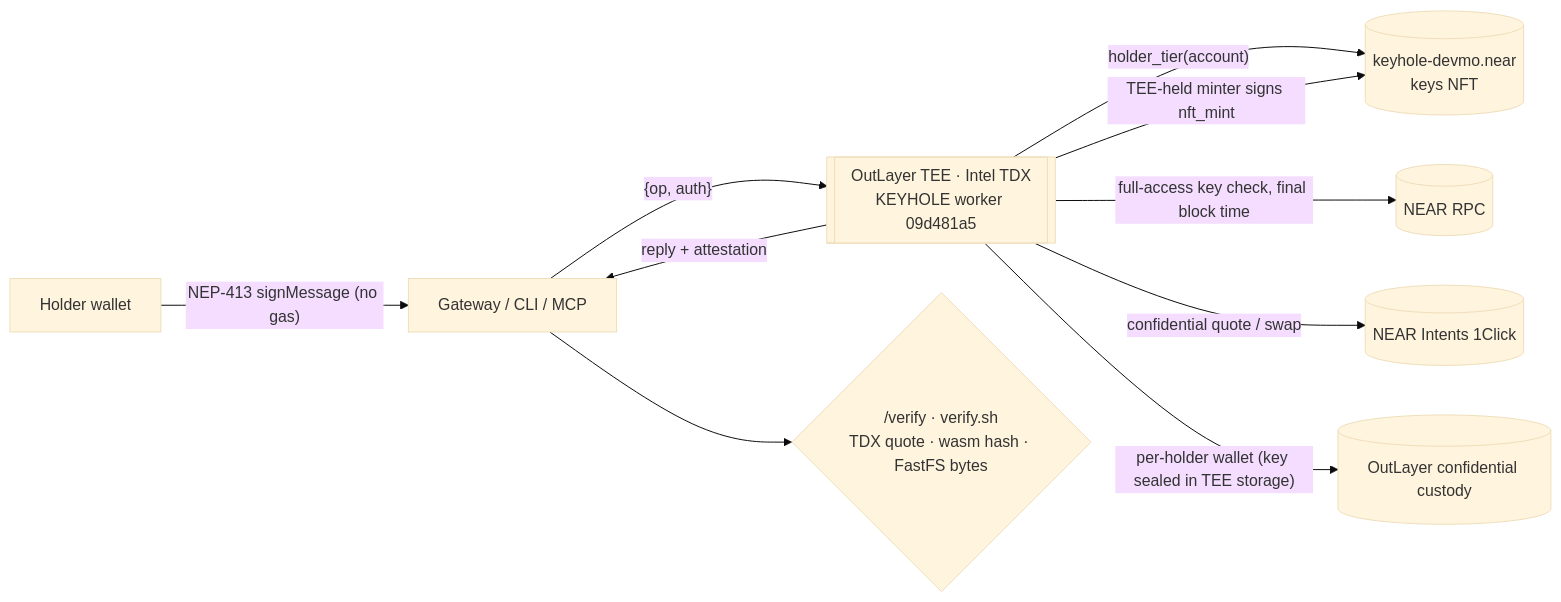
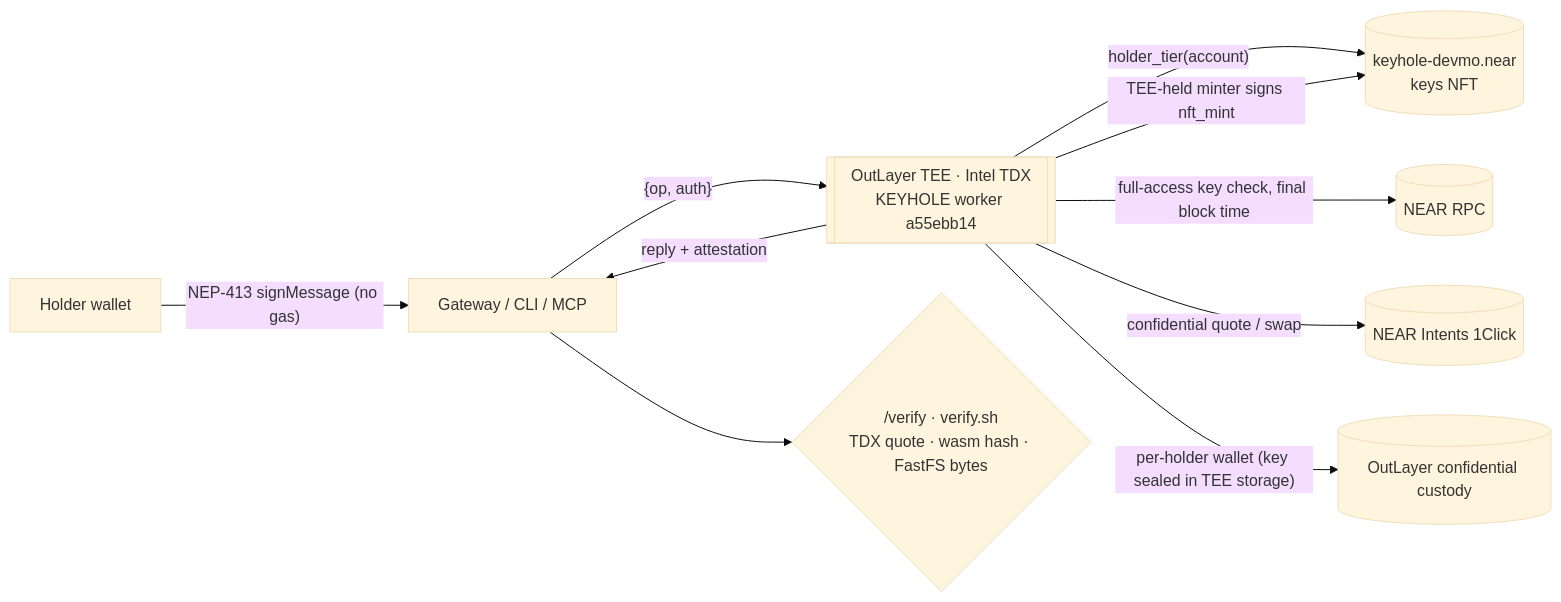
The first of 2 diagrams in README.md (mohamedwael201193/keyhole), drawn with Mermaid (base theme) before and after one commit. The commit also changed other lines of this file and 25 other files, not shown here.

````diff
--- a/README.md
+++ b/README.md
@@ -178,12 +178,12 @@
 ```mermaid
 flowchart LR
   H[Holder wallet] -- "NEP-413 signMessage (no gas)" --> G[Gateway / CLI / MCP]
-  G -- "{op, auth}" --> T[[OutLayer TEE · Intel TDX<br/>KEYHOLE worker 09d481a5]]
+  G -- "{op, auth}" --> T[[OutLayer TEE · Intel TDX<br/>KEYHOLE worker a55ebb14]]
   T -- "holder_tier(account)" --> C[(keyhole-devmo.near<br/>keys NFT)]
   T -- "full-access key check, final block time" --> N[(NEAR RPC)]
   T -- "confidential quote / swap" --> I[(NEAR Intents 1Click)]
   T -- "per-holder wallet (key sealed in TEE storage)" --> W[(OutLayer confidential custody)]
   T -- "TEE-held minter signs nft_mint" --> C
   T -- "reply + attestation" --> G
   G --> V{"/verify · verify.sh<br/>TDX quote · wasm hash · FastFS bytes"}
 ```
````
